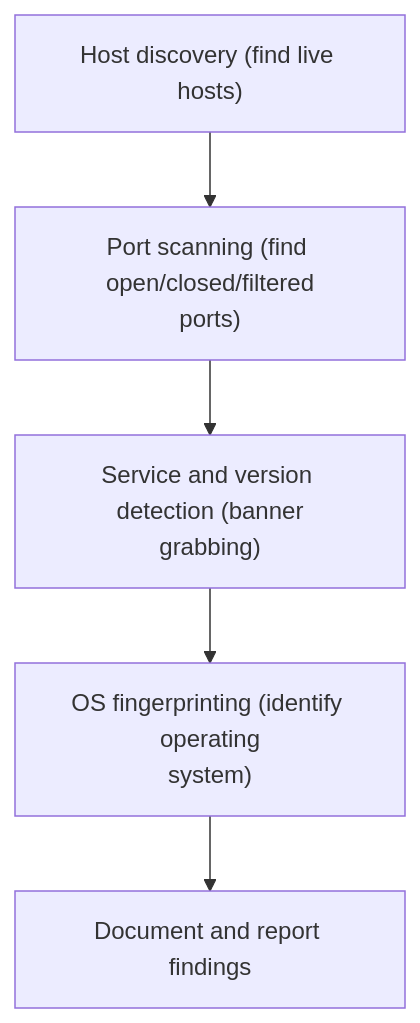
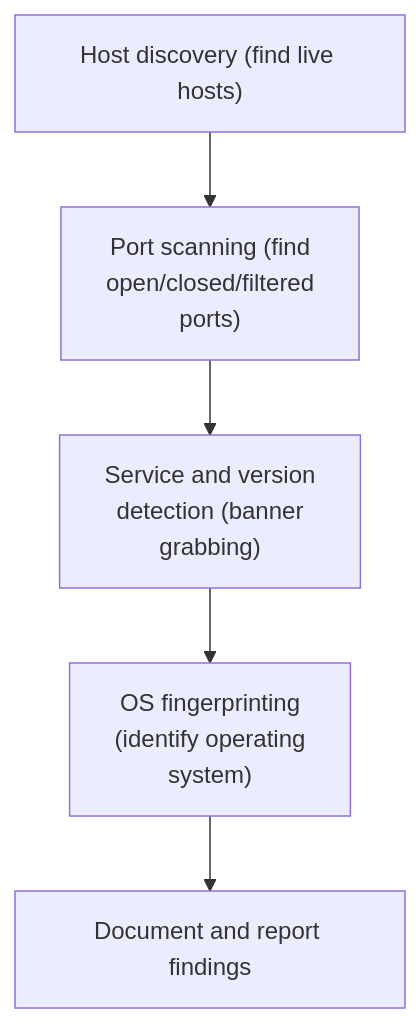
One commit to morandeirachema/WallixCerts changed the second of 2 diagrams in certs/ceh/domains/03-scanning-networks.md. Above: the diagram before and after it, drawn with Mermaid. The commit also changed 35 other files, not shown here.

First line of the commit message:
Tidy Mermaid boxes: balanced wrapping at a narrower width (36)

````diff
--- a/certs/ceh/domains/03-scanning-networks.md
+++ b/certs/ceh/domains/03-scanning-networks.md
@@ -124,7 +124,7 @@
 ```mermaid
 flowchart TD
-    A["Host discovery (find live hosts)"] --> B["Port scanning (find open/closed/filtered<br/>ports)"]
-    B --> C["Service and version detection (banner<br/>grabbing)"]
-    C --> D["OS fingerprinting (identify operating<br/>system)"]
+    A["Host discovery (find live hosts)"] --> B["Port scanning (find<br/>open/closed/filtered<br/>ports)"]
+    B --> C["Service and version<br/>detection (banner<br/>grabbing)"]
+    C --> D["OS fingerprinting<br/>(identify operating<br/>system)"]
     D --> E["Document and report findings"]
 ```
````
